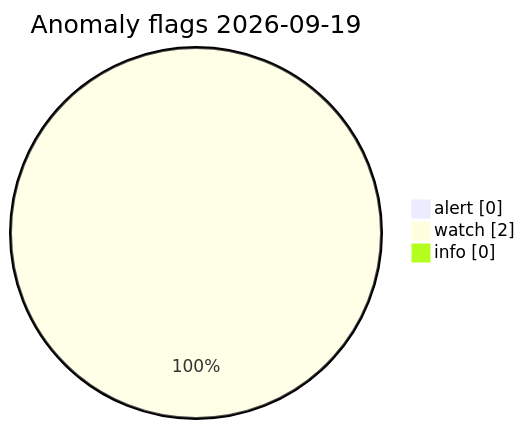
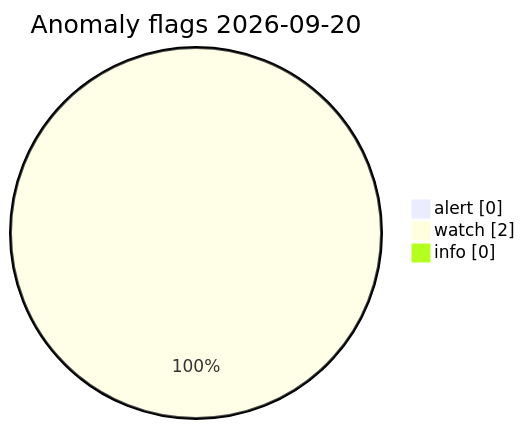
One commit to Midwest-Stratospheric/Unified-Open-Global-Weather changed the diagram in visuals/latest/CHARTS.md. Above: the diagram before and after it, drawn with Mermaid. The commit also changed other lines of this file and 11 other files, not shown here.

Commit message:
data(visuals): automated charts 2026-09-20T11:29Z

````diff
--- a/visuals/latest/CHARTS.md
+++ b/visuals/latest/CHARTS.md
@@ -73,7 +73,7 @@
 ```mermaid
 pie showData
-  title Anomaly flags 2026-09-19
+  title Anomaly flags 2026-09-20
   "alert" : 0
   "watch" : 2
   "info" : 0
 ```
````
